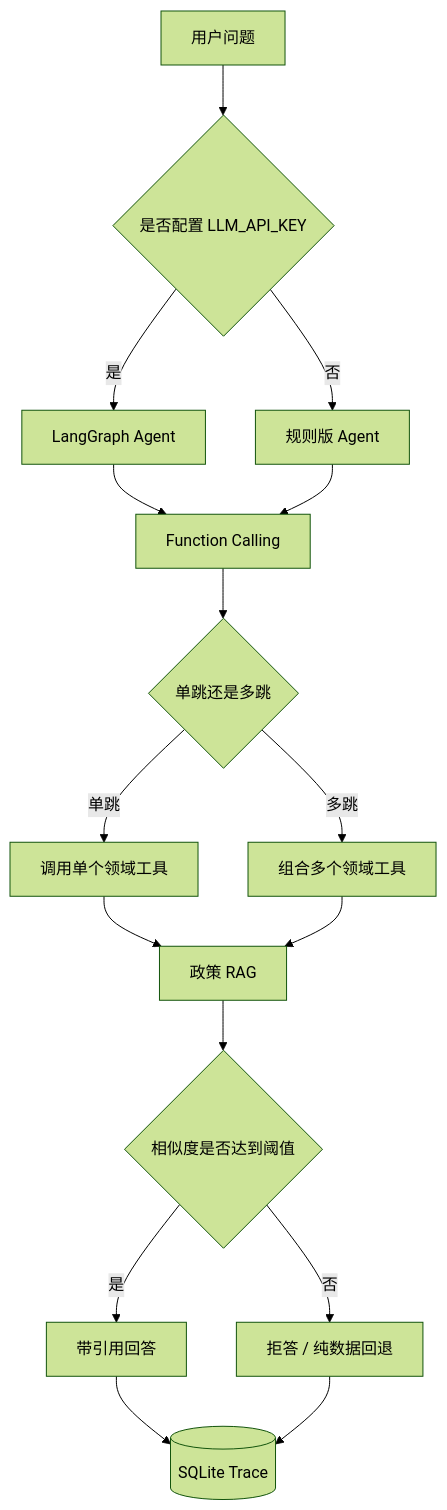
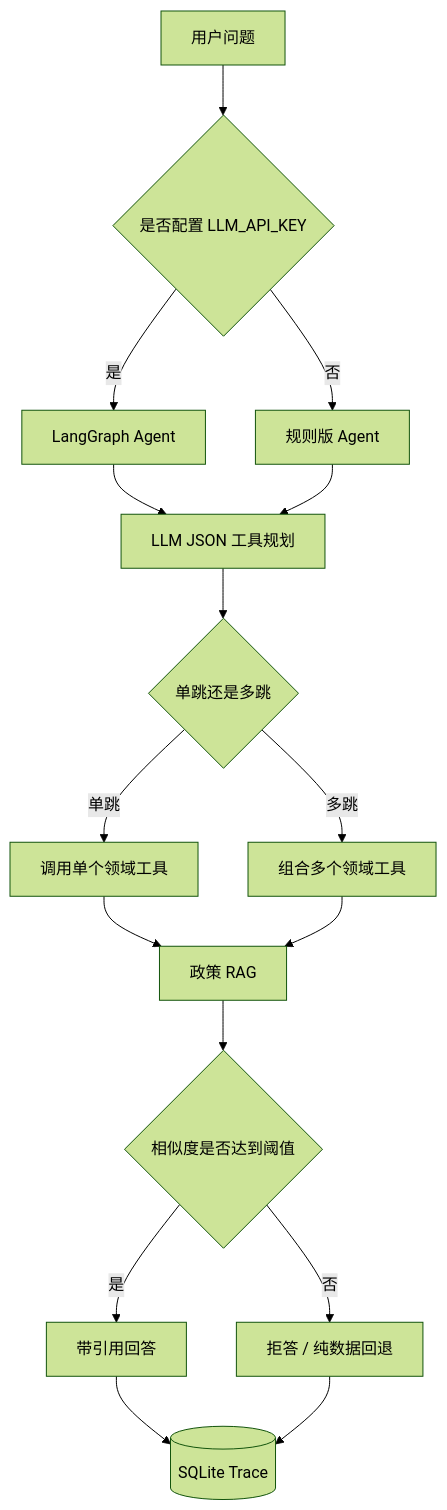
The second of 5 diagrams in docs/VISUAL_GUIDE.md (MimiQuark/AirQuality-Multi-City-RAG-Agent), drawn with Mermaid (forest theme) before and after one commit. The commit also changed other lines of this file and 48 other files, not shown here.

````diff
--- a/docs/VISUAL_GUIDE.md
+++ b/docs/VISUAL_GUIDE.md
@@ -44,18 +44,18 @@
 ```mermaid
 flowchart TD
     Q[用户问题] --> KEY{是否配置 LLM_API_KEY}
     KEY -->|是| LLM[LangGraph Agent]
     KEY -->|否| RULE[规则版 Agent]
-    LLM --> FC[Function Calling]
+    LLM --> FC[LLM JSON 工具规划]
     RULE --> FC
     FC --> SINGLE{单跳还是多跳}
     SINGLE -->|单跳| T1[调用单个领域工具]
     SINGLE -->|多跳| T2[组合多个领域工具]
     T1 --> POLICY[政策 RAG]
     T2 --> POLICY
     POLICY --> TH{相似度是否达到阈值}
     TH -->|是| ANSWER[带引用回答]
     TH -->|否| REFUSE[拒答 / 纯数据回退]
     ANSWER --> TRACE[(SQLite Trace)]
     REFUSE --> TRACE
 ```
````
